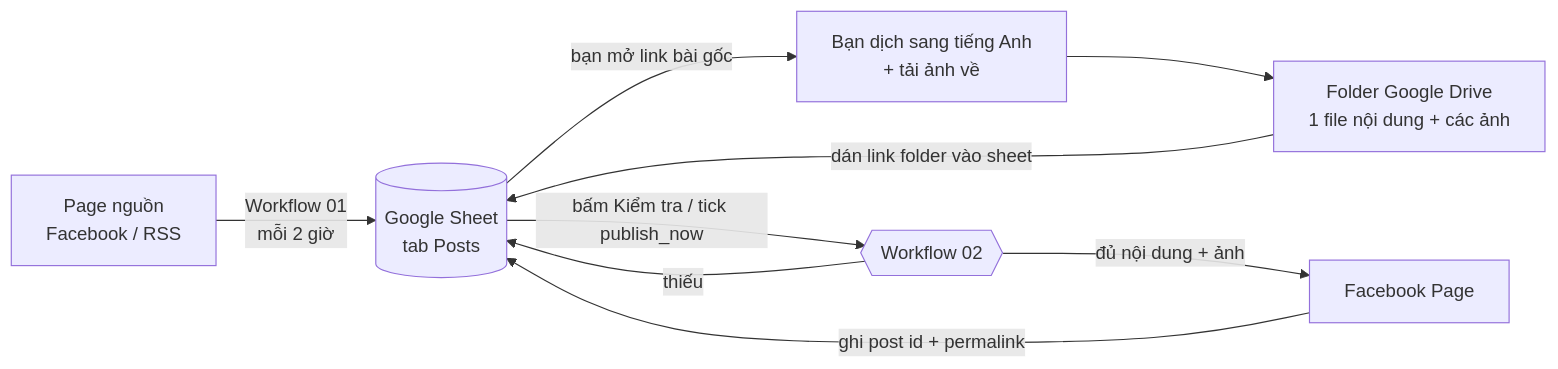
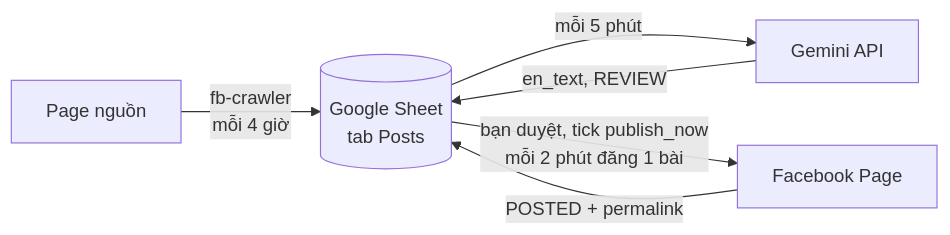
The diagram in README.md (hieunguyen250102/autopostblog), drawn with Mermaid before and after one commit. The commit also changed other lines of this file and 31 other files, not shown here.

First line of the commit message:
Gộp thành 1 workflow + crawler, thêm hướng dẫn deploy VPS

````diff
--- a/README.md
+++ b/README.md
@@ -15,11 +7,8 @@
 ```mermaid
 flowchart LR
-    A[Page nguồn<br/>Facebook / RSS] -->|Workflow 01<br/>mỗi 2 giờ| B[(Google Sheet<br/>tab Posts)]
-    B -->|bạn mở link bài gốc| C[Bạn dịch sang tiếng Anh<br/>+ tải ảnh về]
-    C --> D[Folder Google Drive<br/>1 file nội dung + các ảnh]
-    D -->|dán link folder vào sheet| B
-    B -->|bấm Kiểm tra / tick publish_now| E{{Workflow 02}}
-    E -->|đủ nội dung + ảnh| F[Facebook Page]
-    E -->|thiếu| B
-    F -->|ghi post id + permalink| B
+    A[Page nguồn] -->|fb-crawler<br/>mỗi 4 giờ| B[(Google Sheet<br/>tab Posts)]
+    B -->|mỗi 5 phút| G[Gemini API]
+    G -->|en_text, REVIEW| B
+    B -->|bạn duyệt, tick publish_now<br/>mỗi 2 phút đăng 1 bài| F[Facebook Page]
+    F -->|POSTED + permalink| B
 ```
````
